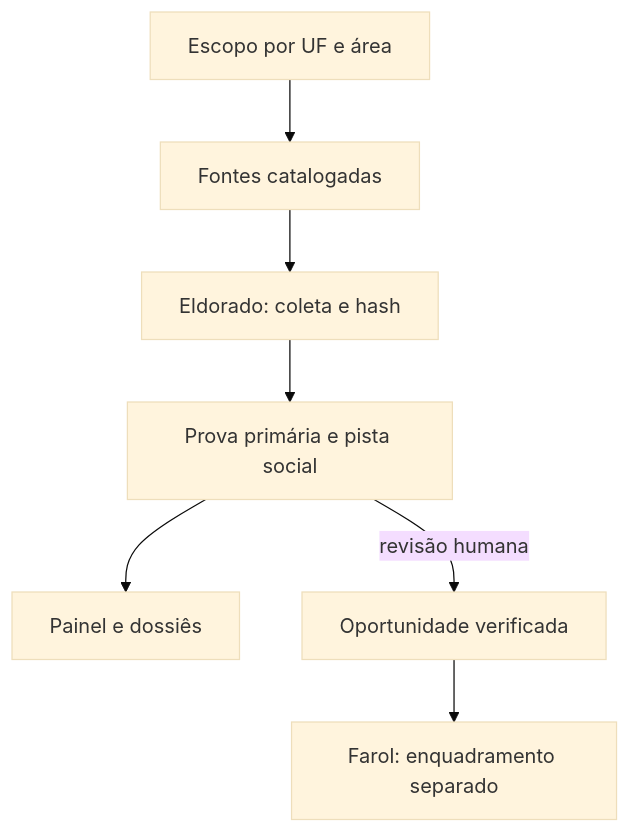
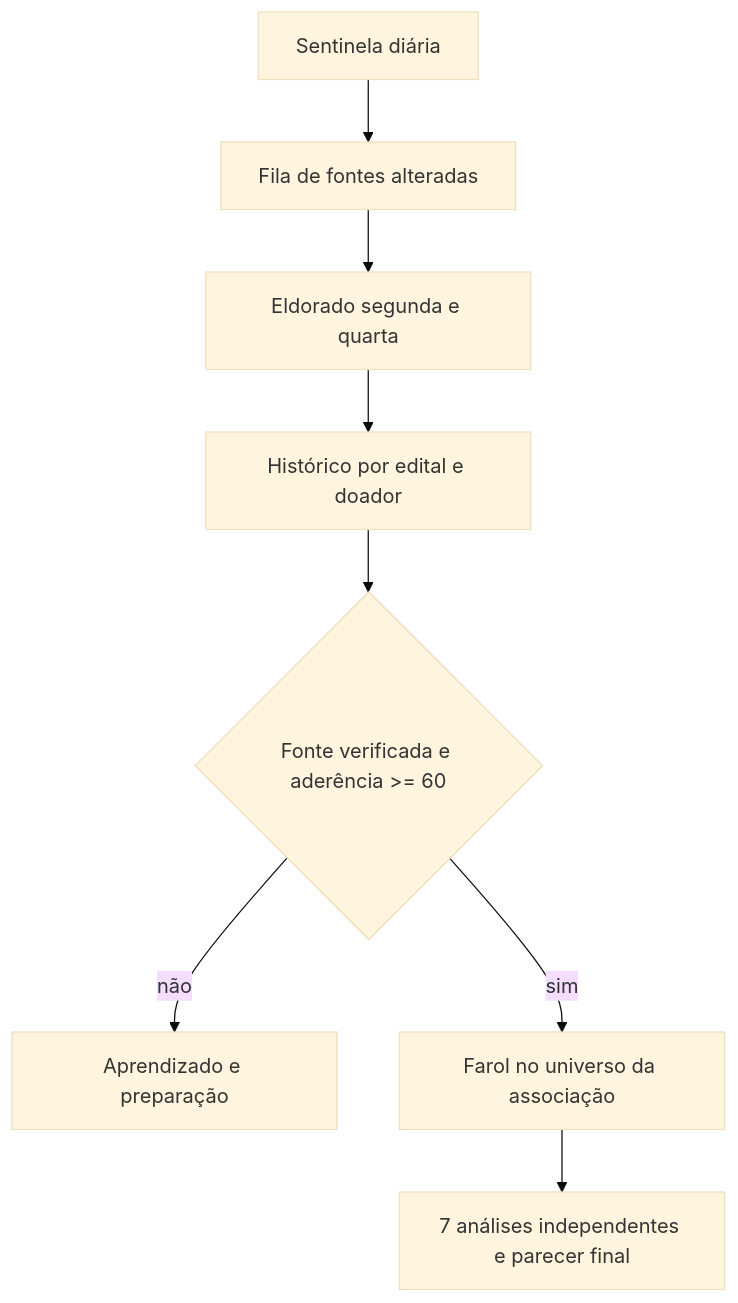
The diagram in ARQUITETURA.md (amcjardimamerica-arch/Eldorado), drawn with Mermaid (base theme) before and after one commit. The commit also changed other lines of this file and 62 other files, not shown here.

Commit message:
feat: aprofundar Eldorado e condicionar Farol por associação

````diff
--- a/ARQUITETURA.md
+++ b/ARQUITETURA.md
@@ -5,9 +5,10 @@
 ```mermaid
 flowchart TD
-  A[Escopo por UF e área] --> B[Fontes catalogadas]
-  B --> C[Eldorado: coleta e hash]
-  C --> D[Prova primária e pista social]
-  D --> E[Painel e dossiês]
-  D -->|revisão humana| F[Oportunidade verificada]
-  F --> G[Farol: enquadramento separado]
+  A[Sentinela diária] --> B[Fila de fontes alteradas]
+  B --> C[Eldorado segunda e quarta]
+  C --> D[Histórico por edital e doador]
+  D --> E{Fonte verificada e aderência >= 60}
+  E -->|não| F[Aprendizado e preparação]
+  E -->|sim| G[Farol no universo da associação]
+  G --> H[7 análises independentes e parecer final]
 ```
````
